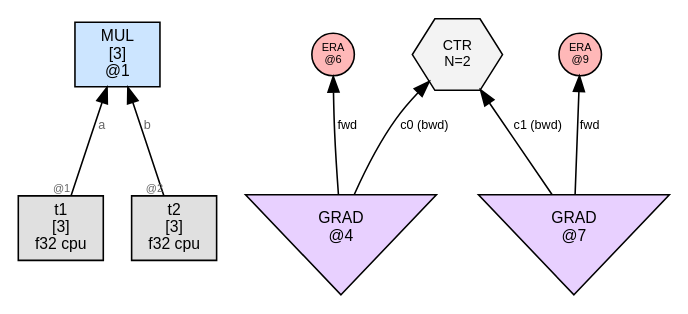
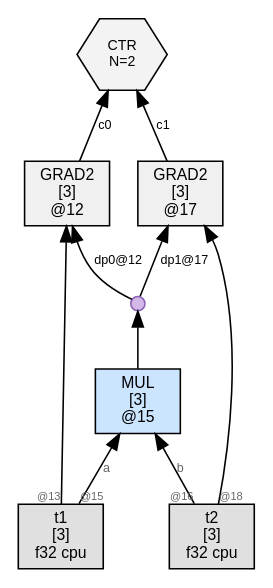
Before and after one commit to sw1sh/TinyHVM: the diagram in wl/examples/thvm_graphs/grad_rules/bundle_multitarget/thvm_0_pre_reduce.dot, drawn with Graphviz. The commit also changed 6 other files, not shown here.

```diff
--- a/wl/examples/thvm_graphs/grad_rules/bundle_multitarget/thvm_0_pre_reduce.dot
+++ b/wl/examples/thvm_graphs/grad_rules/bundle_multitarget/thvm_0_pre_reduce.dot
@@ -1,20 +1,22 @@
 digraph G {
   rankdir=BT;
   node [fontname="Helvetica", fontsize=10, style=filled, shape=box, margin="0.1,0.05"];
   edge [fontsize=8, fontname="Helvetica"];
 
-  n1 [label="MUL\n[3]\n@1", shape=box, fillcolor="#cce5ff"];
+  n12 [label="GRAD2\n[3]\n@12", shape=box, fillcolor="#f0f0f0"];
+  dup14 [label="", shape=circle, width=0.12, height=0.12, fixedsize=true, fillcolor="#d4b8e8", color="#8a63b7", fontsize=1];
+  n15 -> dup14;
+  dup14 -> n12 [label="dp0@12"];
   t1 [label="t1\n[3]\nf32 cpu",shape=box,fillcolor="#e0e0e0"];
-  t1 -> n1 [label="a",taillabel="@1",labelfontsize=7,fontcolor="#666666"];
+  t1 -> n12 [label="",taillabel="@13",labelfontsize=7,fontcolor="#666666"];
+  n17 [label="GRAD2\n[3]\n@17", shape=box, fillcolor="#f0f0f0"];
+  dup14 -> n17 [label="dp1@17"];
   t2 [label="t2\n[3]\nf32 cpu",shape=box,fillcolor="#e0e0e0"];
-  t2 -> n1 [label="b",taillabel="@2",labelfontsize=7,fontcolor="#666666"];
-  era6 [label="ERA\n@6",shape=circle,width=0.38,height=0.38,fixedsize=true,fillcolor="#ffb8b8",fontsize=7];
-  grad4 [label="GRAD\n@4", shape=invtriangle, fillcolor="#e8d0ff"];
-  grad4 -> era6 [label="fwd"];
-  era9 [label="ERA\n@9",shape=circle,width=0.38,height=0.38,fixedsize=true,fillcolor="#ffb8b8",fontsize=7];
-  grad7 [label="GRAD\n@7", shape=invtriangle, fillcolor="#e8d0ff"];
-  grad7 -> era9 [label="fwd"];
-  ctr12 [label="CTR\nN=2", shape=hexagon, fillcolor="#f3f3f3", fontsize=9];
-  grad4 -> ctr12 [label="c0 (bwd)"];
-  grad7 -> ctr12 [label="c1 (bwd)"];
+  t2 -> n17 [label="",taillabel="@18",labelfontsize=7,fontcolor="#666666"];
+  n15 [label="MUL\n[3]\n@15", shape=box, fillcolor="#cce5ff"];
+  t1 -> n15 [label="a",taillabel="@15",labelfontsize=7,fontcolor="#666666"];
+  t2 -> n15 [label="b",taillabel="@16",labelfontsize=7,fontcolor="#666666"];
+  ctr10 [label="CTR\nN=2", shape=hexagon, fillcolor="#f3f3f3", fontsize=9];
+  n12 -> ctr10 [label="c0"];
+  n17 -> ctr10 [label="c1"];
 }
```
